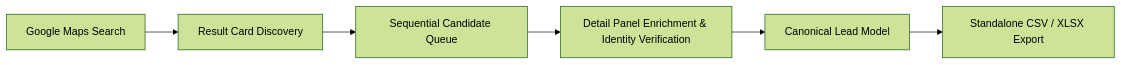
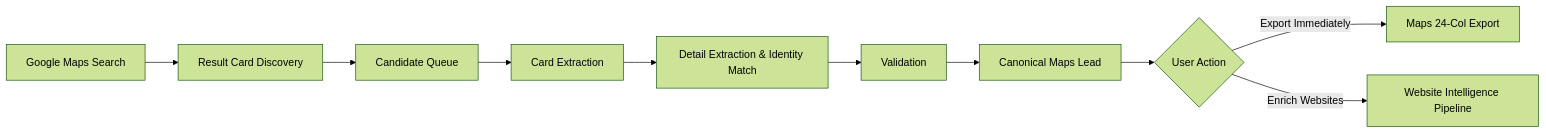
The first of 2 diagrams in RAMOS_CURRENT_ARCHITECTURE.md (sodharaj369/Ramos), drawn with Mermaid (forest theme) before and after one commit. The commit also changed other lines of this file and 14 other files, not shown here.

Commit message:
feat: implement project consistency checker and document RAMOS architecture, extraction rules, and release roadmap

````diff
--- a/RAMOS_CURRENT_ARCHITECTURE.md
+++ b/RAMOS_CURRENT_ARCHITECTURE.md
@@ -12,8 +29,12 @@
 ```mermaid
 flowchart LR
     A[Google Maps Search] --> B[Result Card Discovery]
-    B --> C[Sequential Candidate Queue]
-    C --> D[Detail Panel Enrichment & Identity Verification]
-    D --> E[Canonical Lead Model]
-    E --> F[Standalone CSV / XLSX Export]
+    B --> C[Candidate Queue]
+    C --> D[Card Extraction]
+    D --> E[Detail Extraction & Identity Match]
+    E --> F[Validation]
+    F --> G[Canonical Maps Lead]
+    G --> H{User Action}
+    H -->|Export Immediately| I[Maps 24-Col Export]
+    H -->|Enrich Websites| J[Website Intelligence Pipeline]
 ```
````
